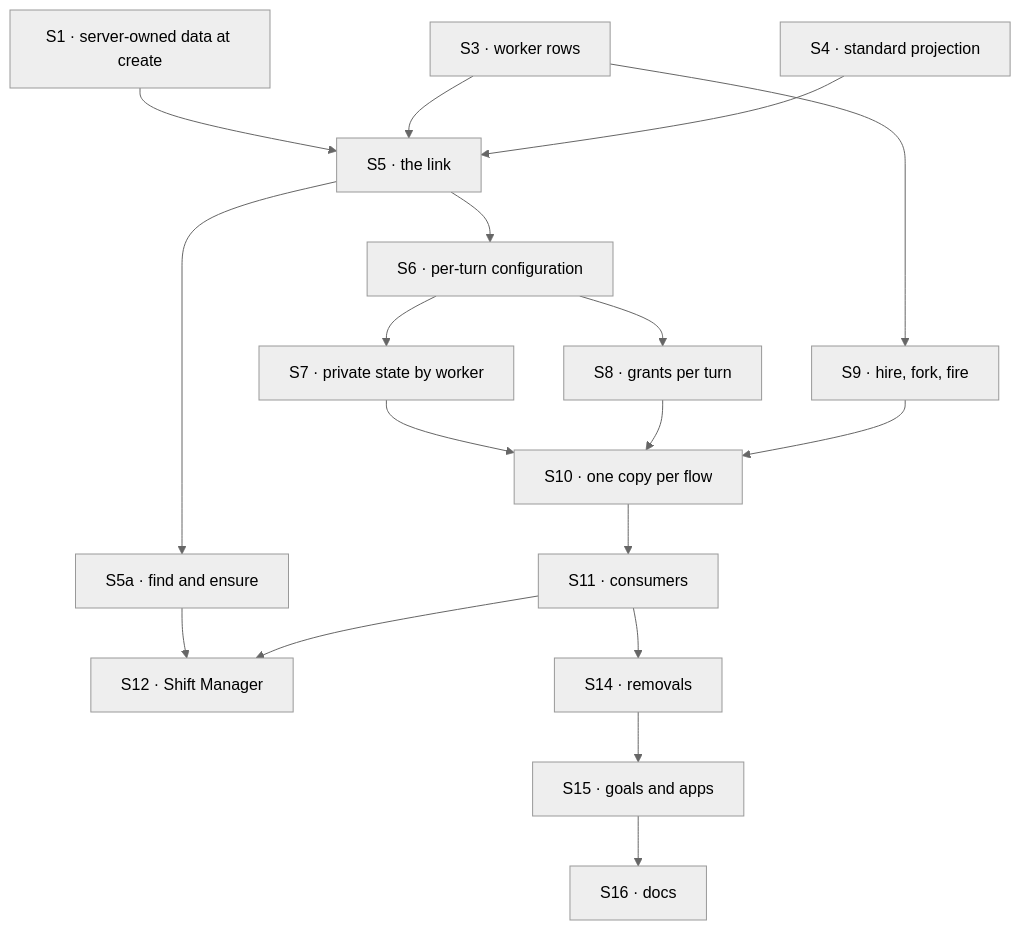
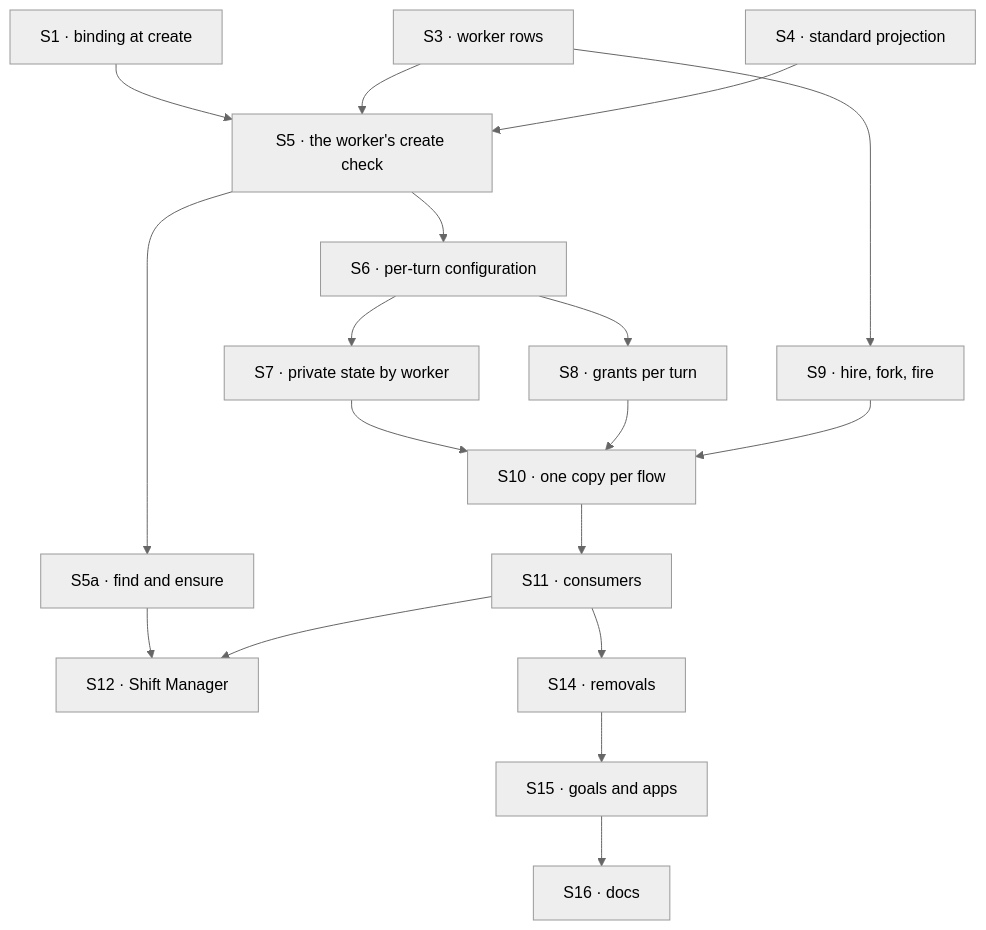
Before and after one commit to fixpoint-labs/flow-state-dev: the diagram in specs/issues/FIX-1788/PLAN.md, drawn with Mermaid (neutral theme). The commit also changed other lines of this file and 9 other files, not shown here.

First line of the commit message:
spec(FIX-1788): amend after merge · bound through readonly starting state; custom-flow privacy is the author's

````diff
--- a/specs/issues/FIX-1788/PLAN.md
+++ b/specs/issues/FIX-1788/PLAN.md
@@ -40,20 +40,20 @@
 ```mermaid
 flowchart TD
-  S1["S1 · server-owned data at create"] --> S5["S5 · the link"]
+  S1["S1 · binding at create"] --> S5["S5 · the worker's create check"]
   S3["S3 · worker rows"] --> S5
   S4["S4 · standard projection"] --> S5
   S5 --> S5a["S5a · find and ensure"]
   S5a --> S12
   S5 --> S6["S6 · per-turn configuration"]
   S6 --> S7["S7 · private state by worker"]
   S6 --> S8["S8 · grants per turn"]
   S3 --> S9["S9 · hire, fork, fire"]
   S7 --> S10["S10 · one copy per flow"]
   S8 --> S10
   S9 --> S10
   S10 --> S11["S11 · consumers"]
   S11 --> S12["S12 · Shift Manager"]
   S11 --> S14["S14 · removals"]
   S14 --> S15["S15 · goals and apps"]
   S15 --> S16["S16 · docs"]
 ```
````
